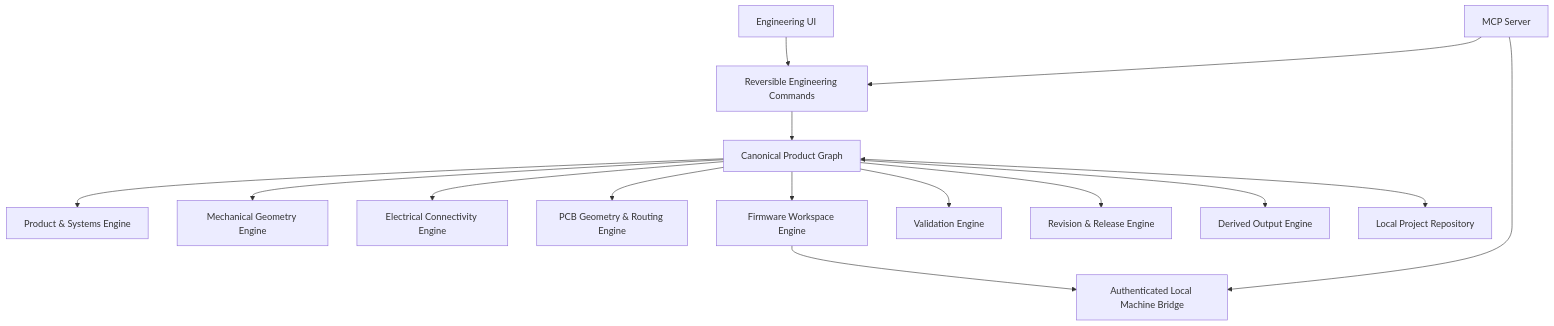
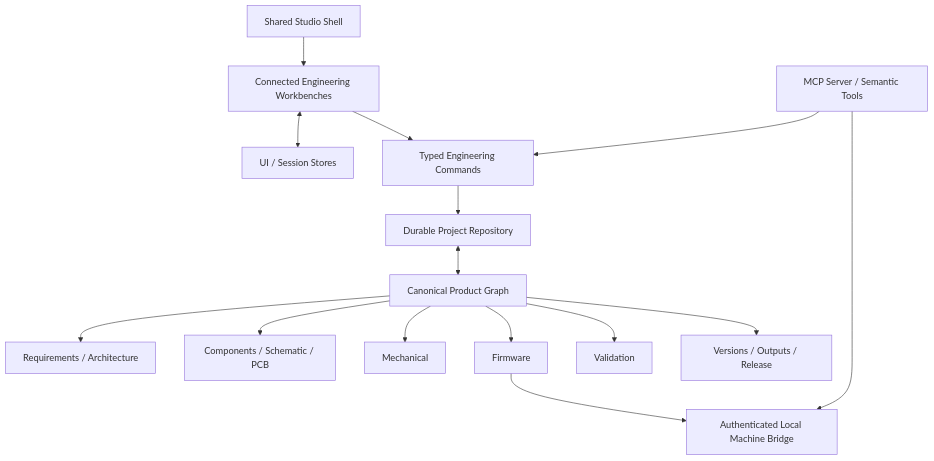
Before and after one commit to Ankit6149/hardware-studio: the diagram in docs/ARCHITECTURE.md, drawn with Mermaid. The commit also changed other lines of this file, not shown here.

Commit message:
docs: align architecture with shared shell and recovery boundaries

````diff
--- a/docs/ARCHITECTURE.md
+++ b/docs/ARCHITECTURE.md
@@ -11,34 +26,28 @@
 ```mermaid
 flowchart TB
-    UI[Engineering UI]
-    MCP[MCP Server]
-    COMMANDS[Reversible Engineering Commands]
+    TOP[Shared Studio Shell]
+    UI[Connected Engineering Workbenches]
+    UISTATE[UI / Session Stores]
+    CMD[Typed Engineering Commands]
+    REPO[Durable Project Repository]
     GRAPH[Canonical Product Graph]
+    MCP[MCP Server / Semantic Tools]
+    BRIDGE[Authenticated Local Machine Bridge]
 
-    PRODUCT[Product & Systems Engine]
-    MECH[Mechanical Geometry Engine]
-    ELEC[Electrical Connectivity Engine]
-    PCB[PCB Geometry & Routing Engine]
-    FW[Firmware Workspace Engine]
-    VALIDATE[Validation Engine]
-    RELEASE[Revision & Release Engine]
-    OUTPUTS[Derived Output Engine]
+    TOP --> UI
+    UI <--> UISTATE
+    UI --> CMD
+    MCP --> CMD
+    CMD --> REPO
+    REPO <--> GRAPH
 
-    BRIDGE[Authenticated Local Machine Bridge]
-    STORAGE[Local Project Repository]
+    GRAPH --> PRODUCT[Requirements / Architecture]
+    GRAPH --> ELEC[Components / Schematic / PCB]
+    GRAPH --> MECH[Mechanical]
+    GRAPH --> FW[Firmware]
+    GRAPH --> VAL[Validation]
+    GRAPH --> REL[Versions / Outputs / Release]
 
-    UI --> COMMANDS
-    MCP --> COMMANDS
-    COMMANDS --> GRAPH
-    GRAPH --> PRODUCT
-    GRAPH --> MECH
-    GRAPH --> ELEC
-    GRAPH --> PCB
-    GRAPH --> FW
-    GRAPH --> VALIDATE
-    GRAPH --> RELEASE
-    GRAPH --> OUTPUTS
-    GRAPH <--> STORAGE
     FW --> BRIDGE
     MCP --> BRIDGE
 ```
````
